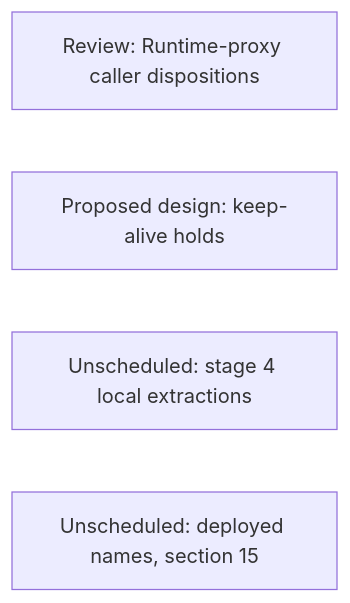
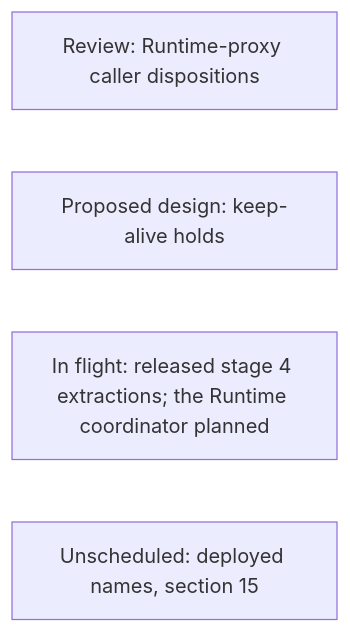
One commit to agentydragon/ducktape changed diagram 20 of 20 in agentplane/plans/task_dag.md. Above: the diagram before and after it, drawn with Mermaid. The commit also changed other lines of this file, not shown here.

First line of the commit message:
agentplane/plans: map the re-cut Go plan stage 4 tracks (#17211)

````diff
--- a/agentplane/plans/task_dag.md
+++ b/agentplane/plans/task_dag.md
@@ -4065,7 +4064,7 @@
 ```mermaid
 flowchart LR
     RUNTIME_PROXY_CALLER_AUDIT[Review: Runtime-proxy caller dispositions]
     ENVIRONMENT_KEEP_ALIVE_HOLDS[Proposed design: keep-alive holds]
-    GO_LOCAL_EXTRACTIONS[Unscheduled: stage 4 local extractions]
+    GO_LOCAL_EXTRACTIONS[In flight: released stage 4 extractions; the Runtime coordinator planned]
     RUNNER_GATEWAY_RENAME[Unscheduled: deployed names, section 15]
 ```
````
